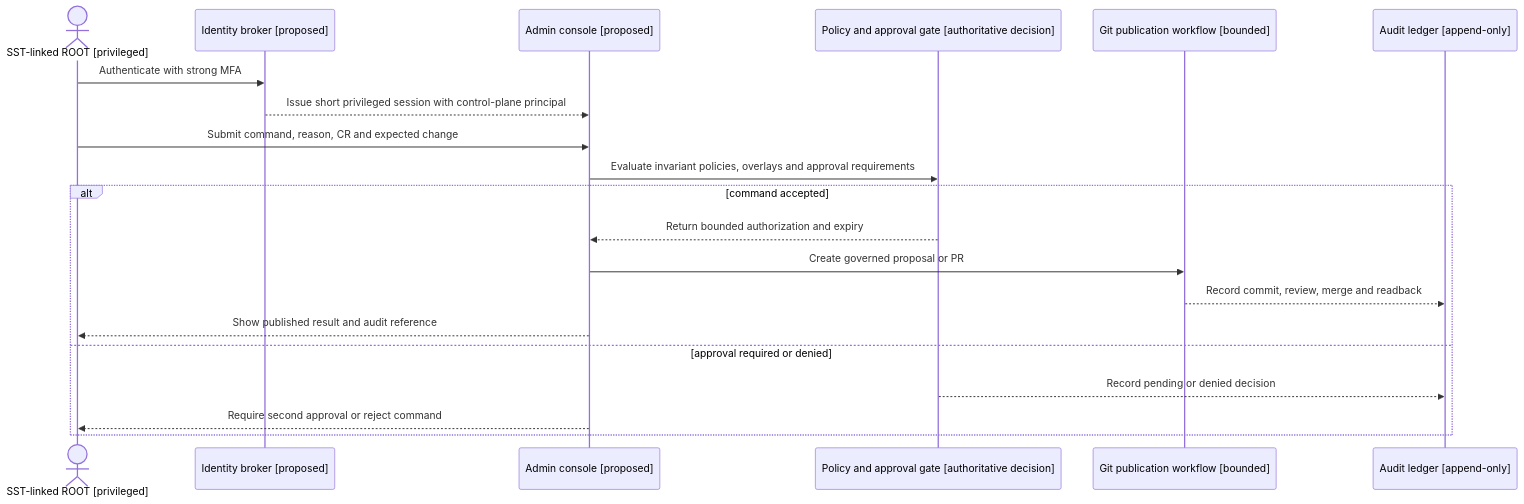
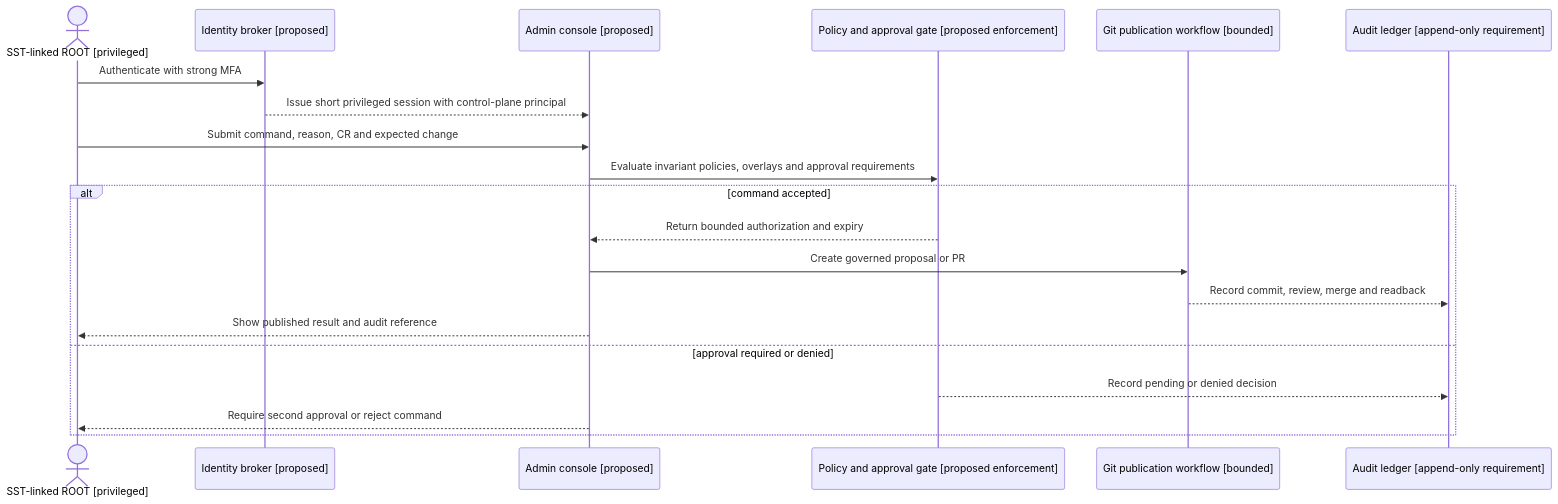
Before and after one commit to afpogo/4uentes-ards-control-plane: the fifth of 6 diagrams in docs/platform/ards-sdd-dynamic-policy-administration-console.md, drawn with Mermaid. The commit also changed other lines of this file and 1 other file, not shown here.

Commit message:
docs(CR-CP-0025): address architecture review

````diff
--- a/docs/platform/ards-sdd-dynamic-policy-administration-console.md
+++ b/docs/platform/ards-sdd-dynamic-policy-administration-console.md
@@ -376,23 +406,23 @@
 ```mermaid
 sequenceDiagram
     actor R as SST-linked ROOT [privileged]
     participant I as Identity broker [proposed]
     participant C as Admin console [proposed]
-    participant P as Policy and approval gate [authoritative decision]
+    participant P as Policy and approval gate [proposed enforcement]
     participant G as Git publication workflow [bounded]
-    participant A as Audit ledger [append-only]
+    participant A as Audit ledger [append-only requirement]
 
     R->>I: Authenticate with strong MFA
     I-->>C: Issue short privileged session with control-plane principal
     R->>C: Submit command, reason, CR and expected change
     C->>P: Evaluate invariant policies, overlays and approval requirements
     alt command accepted
         P-->>C: Return bounded authorization and expiry
         C->>G: Create governed proposal or PR
         G-->>A: Record commit, review, merge and readback
         C-->>R: Show published result and audit reference
     else approval required or denied
         P-->>A: Record pending or denied decision
         C-->>R: Require second approval or reject command
     end
 ```
````
